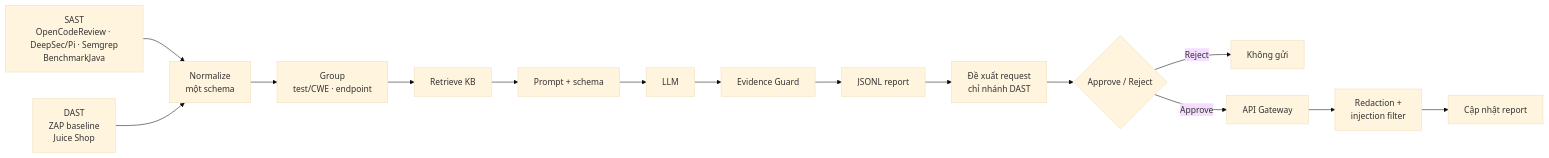
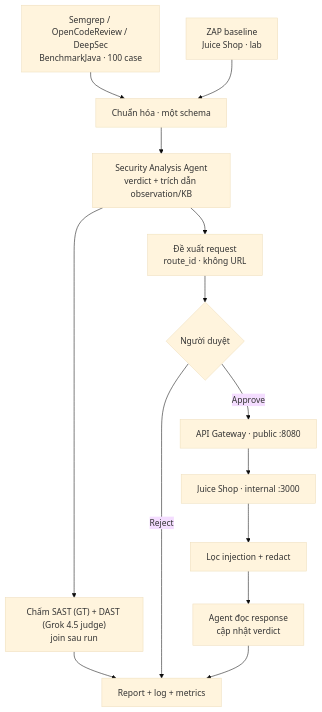
The diagram in README.md (phoebe497/sentinel-benchmarkJava), drawn with Mermaid (base theme) before and after one commit. The commit also changed other lines of this file and 11 other files, not shown here.

````diff
--- a/README.md
+++ b/README.md
@@ -30,17 +24,23 @@
 ```mermaid
-flowchart LR
-    A[SAST<br/>OpenCodeReview · DeepSec/Pi · Semgrep<br/>BenchmarkJava] --> C
-    A2[DAST<br/>ZAP baseline<br/>Juice Shop] --> C
-    C[Normalize<br/>một schema] --> D[Group<br/>test/CWE · endpoint]
-    D --> E[Retrieve KB]
-    E --> F[Prompt + schema]
-    F --> G[LLM]
-    G --> H[Evidence Guard]
-    H --> I[JSONL report]
-    I --> J[Đề xuất request<br/>chỉ nhánh DAST]
-    J --> K{Approve / Reject}
-    K -->|Reject| L[Không gửi]
-    K -->|Approve| M[API Gateway]
-    M --> N[Redaction +<br/>injection filter]
-    N --> O[Cập nhật report]
+flowchart TD
+    SAST["Semgrep / OpenCodeReview / DeepSec<br/>BenchmarkJava · 100 case"]
+    DAST["ZAP baseline<br/>Juice Shop · lab"]
+    NORM["Chuẩn hóa · một schema"]
+    P1["Security Analysis Agent<br/>verdict + trích dẫn observation/KB"]
+    PROP["Đề xuất request<br/>route_id · không URL"]
+    HUM{"Người duyệt"}
+    GW["API Gateway · public :8080"]
+    JS["Juice Shop · internal :3000"]
+    FILT["Lọc injection + redact"]
+    P2["Agent đọc response<br/>cập nhật verdict"]
+    SCORE["Chấm SAST (GT) + DAST (Grok 4.5 judge)<br/>join sau run"]
+    LOG["Report + log + metrics"]
+
+    SAST --> NORM
+    DAST --> NORM
+    NORM --> P1
+    P1 --> SCORE --> LOG
+    P1 --> PROP --> HUM
+    HUM -->|Reject| LOG
+    HUM -->|Approve| GW --> JS --> FILT --> P2 --> LOG
 ```
````
